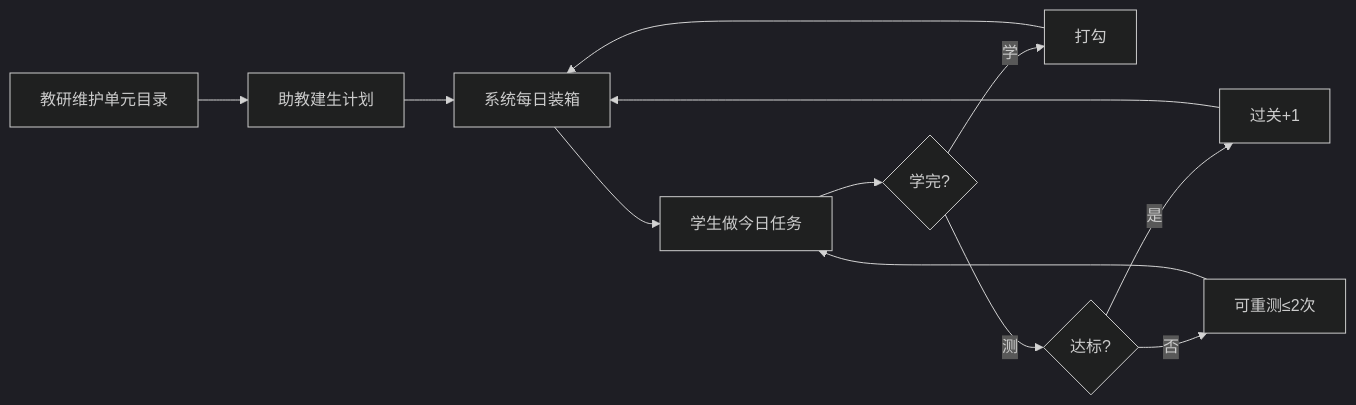
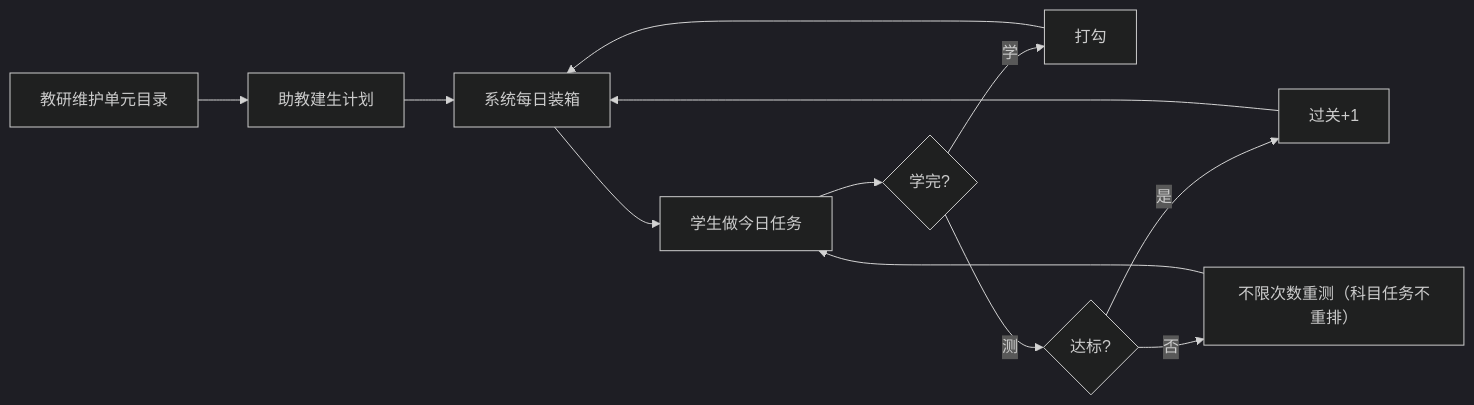
Before and after one commit to raysu672-glitch/ielts-practice-platform: the diagram in docs/task-system-overview.md, drawn with Mermaid (dark theme). The commit also changed other lines of this file and 37 other files, not shown here.

````diff
--- a/docs/task-system-overview.md
+++ b/docs/task-system-overview.md
@@ -91,14 +91,14 @@
 ```mermaid
 flowchart LR
   A[教研维护单元目录] --> B[助教建生计划]
   B --> C[系统每日装箱]
   C --> D[学生做今日任务]
   D --> E{学完?}
   E -->|学| F[打勾]
   E -->|测| G{达标?}
   G -->|是| H[过关+1]
-  G -->|否| I[可重测≤2次]
+  G -->|否| I[不限次数重测（科目任务不重排）]
   F --> C
   H --> C
   I --> D
 ```
````
